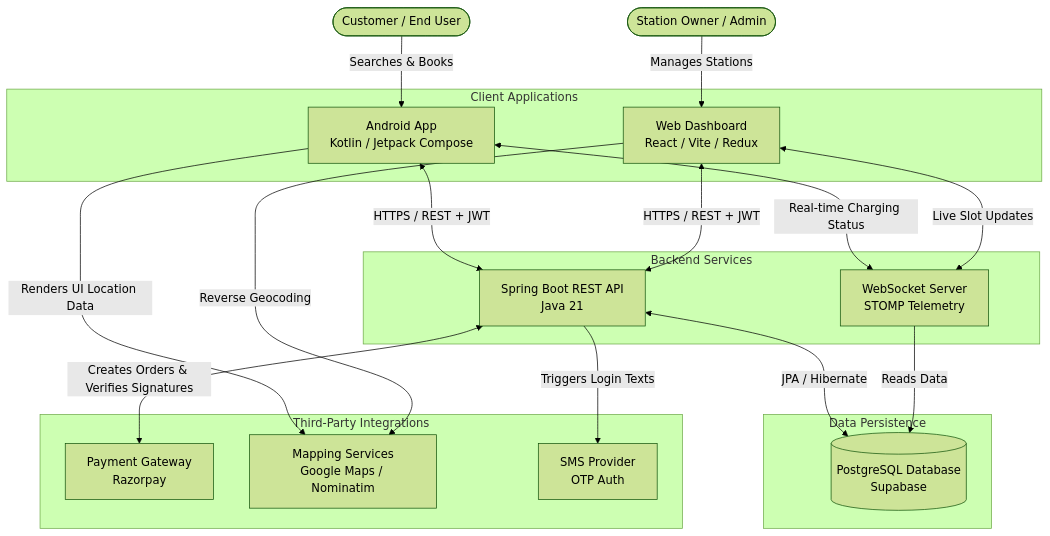
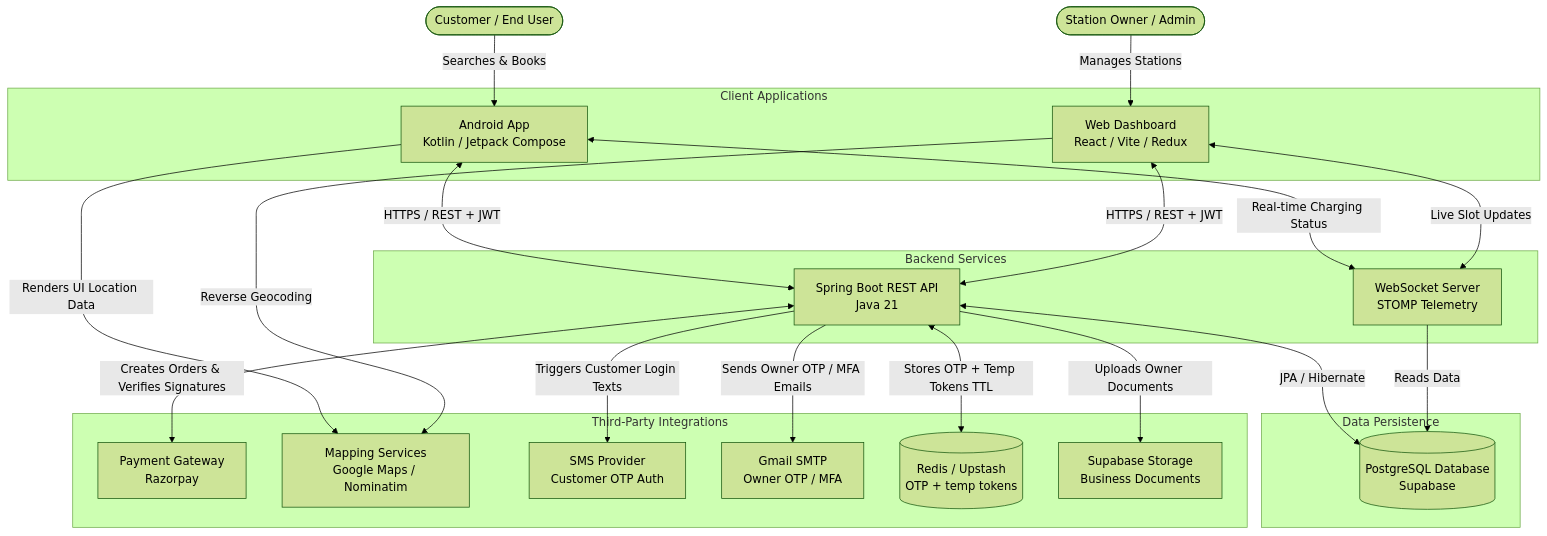
Before and after one commit to singhaganesh/EV-Project: the diagram in README.md, drawn with Mermaid (forest theme). The commit also changed other lines of this file, not shown here.

First line of the commit message:
docs(readme): document owner authentication system

````diff
--- a/README.md
+++ b/README.md
@@ -388,48 +392,54 @@
 ```mermaid
 graph TD
     %% Users
     U_Customer([Customer / End User])
     U_Owner([Station Owner / Admin])
 
     %% Frontends
     subgraph Client Applications
         MobileApp[Android App<br/>Kotlin / Jetpack Compose]
         WebApp[Web Dashboard<br/>React / Vite / Redux]
     end
 
     %% Backend Infrastructure
     subgraph Backend Services
         REST_API[Spring Boot REST API<br/>Java 21]
         WebSocket[WebSocket Server<br/>STOMP Telemetry]
     end
 
     %% Database Layer
     subgraph Data Persistence
         Postgres[(PostgreSQL Database<br/>Supabase)]
     end
 
     %% External Services
     subgraph Third-Party Integrations
         Razorpay[Payment Gateway<br/>Razorpay]
         Maps[Mapping Services<br/>Google Maps / Nominatim]
-        SMS[SMS Provider<br/>OTP Auth]
+        SMS[SMS Provider<br/>Customer OTP Auth]
+        Email[Gmail SMTP<br/>Owner OTP / MFA]
+        Redis[(Redis / Upstash<br/>OTP + temp tokens)]
+        Storage[Supabase Storage<br/>Business Documents]
     end
 
     %% Define Interactions
     U_Customer -->|Searches & Books| MobileApp
     U_Owner -->|Manages Stations| WebApp
 
     MobileApp <-->|HTTPS / REST + JWT| REST_API
     WebApp <-->|HTTPS / REST + JWT| REST_API
     
     MobileApp <-->|Real-time Charging Status| WebSocket
     WebApp <-->|Live Slot Updates| WebSocket
 
     REST_API <-->|JPA / Hibernate| Postgres
     WebSocket -->|Reads Data| Postgres
 
     REST_API <-->|Creates Orders & Verifies Signatures| Razorpay
-    REST_API -->|Triggers Login Texts| SMS
+    REST_API -->|Triggers Customer Login Texts| SMS
+    REST_API -->|Sends Owner OTP / MFA Emails| Email
+    REST_API <-->|Stores OTP + Temp Tokens TTL| Redis
+    REST_API -->|Uploads Owner Documents| Storage
     MobileApp -->|Renders UI Location Data| Maps
     WebApp -->|Reverse Geocoding| Maps
 ```
````
